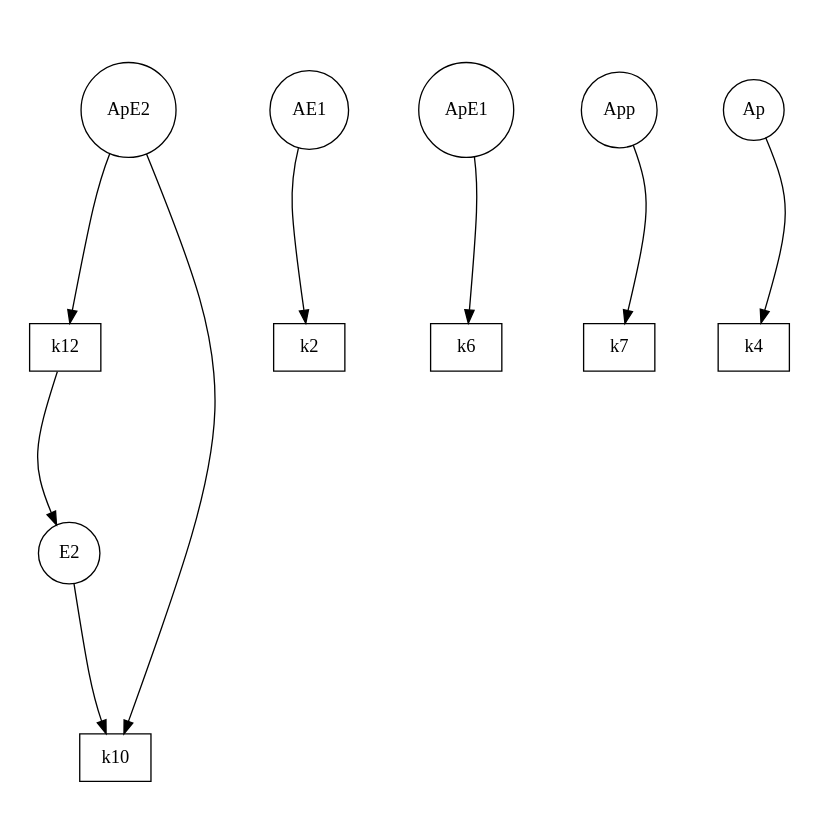
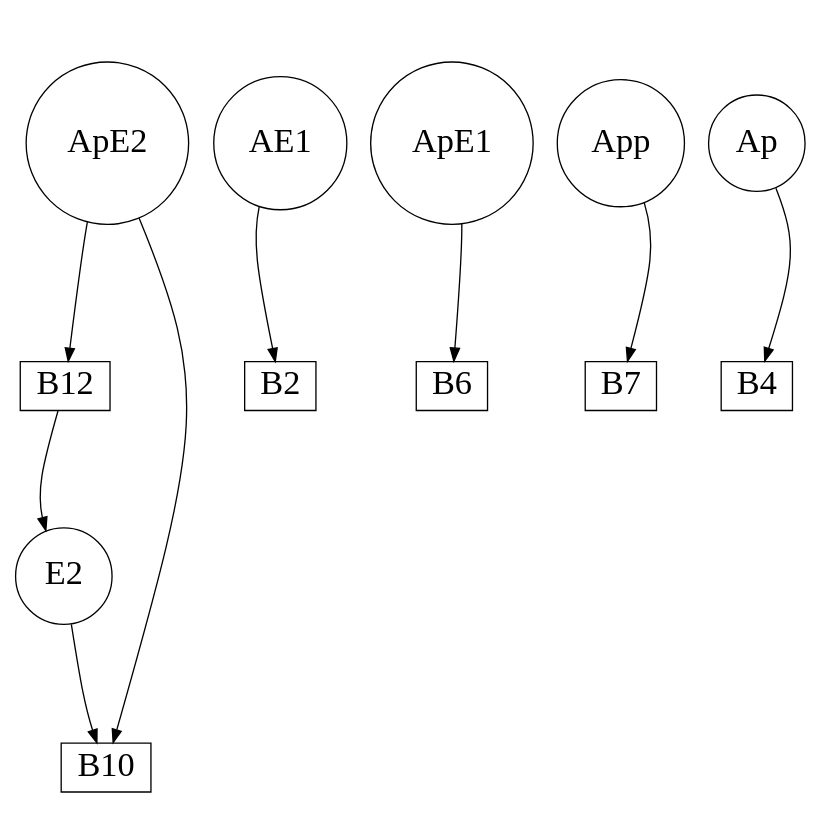
One commit to gratelpy/gratelpy-supplementary-information changed the diagram in single_layer_mapk_system/order_6/single_layer_mapk_mechanism_order_6_frag_1_sg_2.dot. Above: the diagram before and after it, drawn with Graphviz. The commit also changed 618 other files, not shown here.

```diff
--- a/single_layer_mapk_system/order_6/single_layer_mapk_mechanism_order_6_frag_1_sg_2.dot
+++ b/single_layer_mapk_system/order_6/single_layer_mapk_mechanism_order_6_frag_1_sg_2.dot
@@ -1,28 +1,27 @@
 strict digraph G {
 remincross="true";
 ratio="fill";
 splines="curved";
 overlap="true";
-fontsize="26";
 size="8.3,8.3";
-ApE2 [shape="circle", pos="50.0,80.0!"];
-AE1 [shape="circle", pos="60.0,140.0!"];
-E2 [shape="circle", pos="140.0,40.0!"];
-k12 [shape="box", pos="0.0,60.0!"];
-ApE1 [shape="circle", pos="260.0,128.0!"];
-k10 [shape="box", pos="110.0,90.0!"];
-k7 [shape="box", pos="300.0,90.0!"];
-k6 [shape="box", pos="320.0,160.0!"];
-k4 [shape="box", pos="220.0,170.0!"];
-k2 [shape="box", pos="60.0,180.0!"];
-App [shape="circle", pos="320.0,120.0!"];
-Ap [shape="circle", pos="160.0,160.0!"];
-k12 -> E2;
-k10 -> ApE2;
-AE1 -> k2;
-ApE1 -> k6;
-E2 -> k10;
-ApE2 -> k12;
-App -> k7;
-Ap -> k4;
+ApE2 [shape="circle", fontsize=26, pos="50.0,80.0!"];
+AE1 [shape="circle", fontsize=26, pos="60.0,140.0!"];
+E2 [shape="circle", fontsize=26, pos="140.0,40.0!"];
+B12 [shape="box", fontsize=26, pos="0.0,60.0!"];
+ApE1 [shape="circle", fontsize=26, pos="260.0,128.0!"];
+B10 [shape="box", fontsize=26, pos="110.0,90.0!"];
+B7 [shape="box", fontsize=26, pos="300.0,90.0!"];
+B6 [shape="box", fontsize=26, pos="320.0,160.0!"];
+B4 [shape="box", fontsize=26, pos="220.0,170.0!"];
+B2 [shape="box", fontsize=26, pos="60.0,180.0!"];
+App [shape="circle", fontsize=26, pos="320.0,120.0!"];
+Ap [shape="circle", fontsize=26, pos="160.0,160.0!"];
+B12 -> E2;
+B10 -> ApE2;
+AE1 -> B2;
+ApE1 -> B6;
+E2 -> B10;
+ApE2 -> B12;
+App -> B7;
+Ap -> B4;
 }
```
